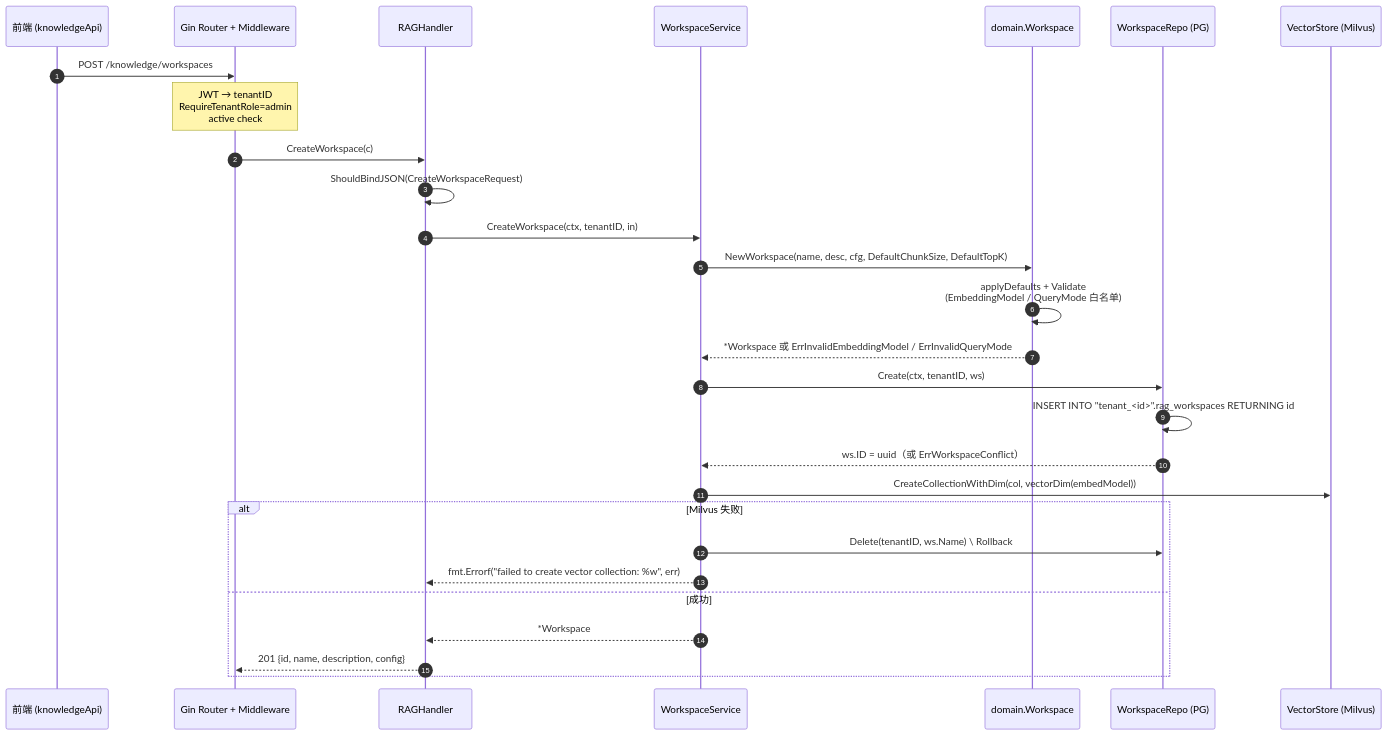
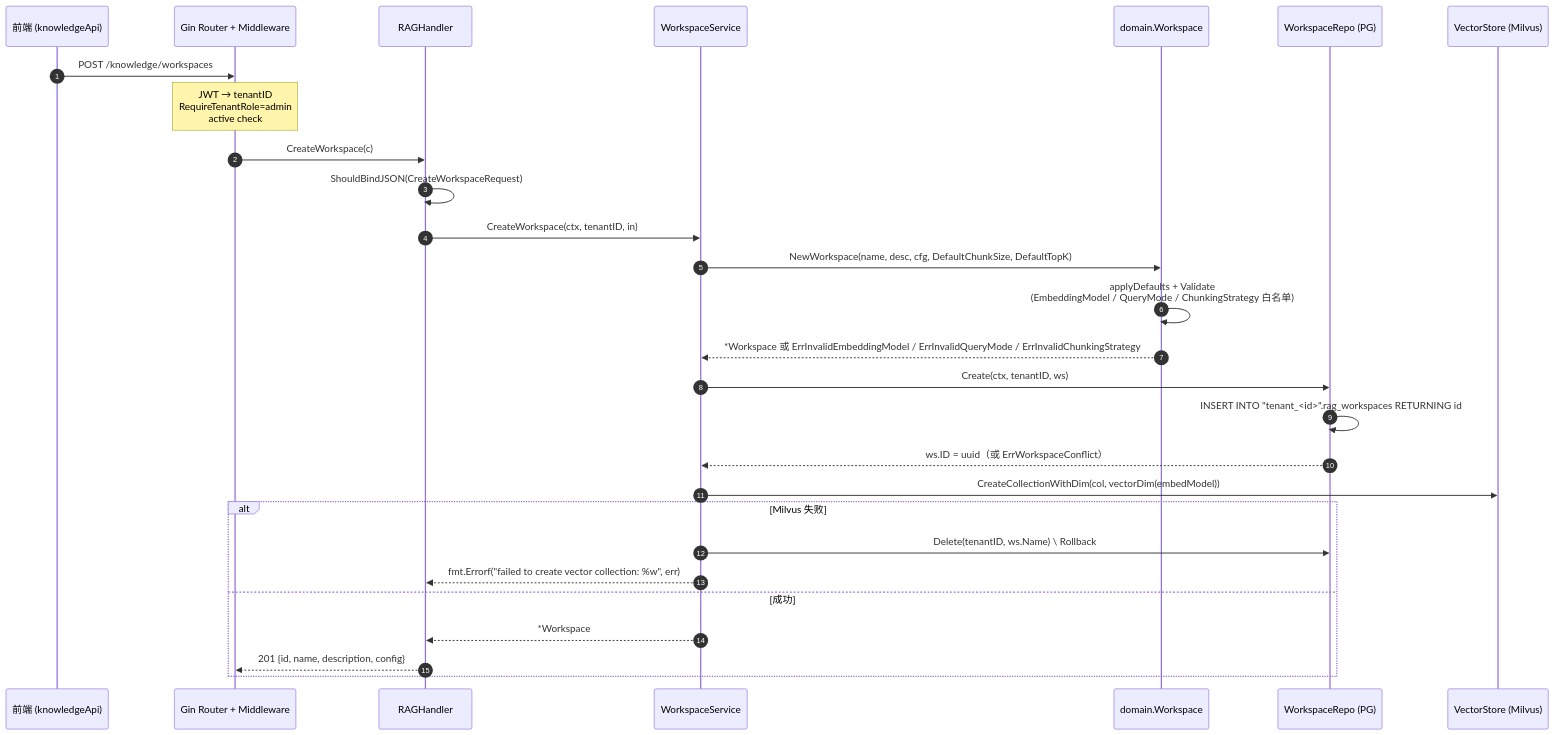
The first of 3 diagrams in docs/agent/knowledge-workspace.md (ArchChuan/Stratum), drawn with Mermaid before and after one commit. The commit also changed other lines of this file and 71 other files, not shown here.

````diff
--- a/docs/agent/knowledge-workspace.md
+++ b/docs/agent/knowledge-workspace.md
@@ -42,31 +43,31 @@
 ```mermaid
 sequenceDiagram
     autonumber
     participant FE as 前端 (knowledgeApi)
     participant GW as Gin Router + Middleware
     participant H as RAGHandler
     participant WS as WorkspaceService
     participant DOM as domain.Workspace
     participant WR as WorkspaceRepo (PG)
     participant VS as VectorStore (Milvus)
 
     FE->>GW: POST /knowledge/workspaces
     Note over GW: JWT → tenantID<br/>RequireTenantRole=admin<br/>active check
     GW->>H: CreateWorkspace(c)
     H->>H: ShouldBindJSON(CreateWorkspaceRequest)
     H->>WS: CreateWorkspace(ctx, tenantID, in)
     WS->>DOM: NewWorkspace(name, desc, cfg, DefaultChunkSize, DefaultTopK)
-    DOM->>DOM: applyDefaults + Validate<br/>(EmbeddingModel / QueryMode 白名单)
-    DOM-->>WS: *Workspace 或 ErrInvalidEmbeddingModel / ErrInvalidQueryMode
+    DOM->>DOM: applyDefaults + Validate<br/>(EmbeddingModel / QueryMode / ChunkingStrategy 白名单)
+    DOM-->>WS: *Workspace 或 ErrInvalidEmbeddingModel / ErrInvalidQueryMode / ErrInvalidChunkingStrategy
     WS->>WR: Create(ctx, tenantID, ws)
     WR->>WR: INSERT INTO "tenant_<id>".rag_workspaces RETURNING id
     WR-->>WS: ws.ID = uuid（或 ErrWorkspaceConflict）
     WS->>VS: CreateCollectionWithDim(col, vectorDim(embedModel))
     alt Milvus 失败
         WS->>WR: Delete(tenantID, ws.Name)  \  Rollback
         WS-->>H: fmt.Errorf("failed to create vector collection: %w", err)
     else 成功
         WS-->>H: *Workspace
         H-->>GW: 201 {id, name, description, config}
     end
 ```
````
